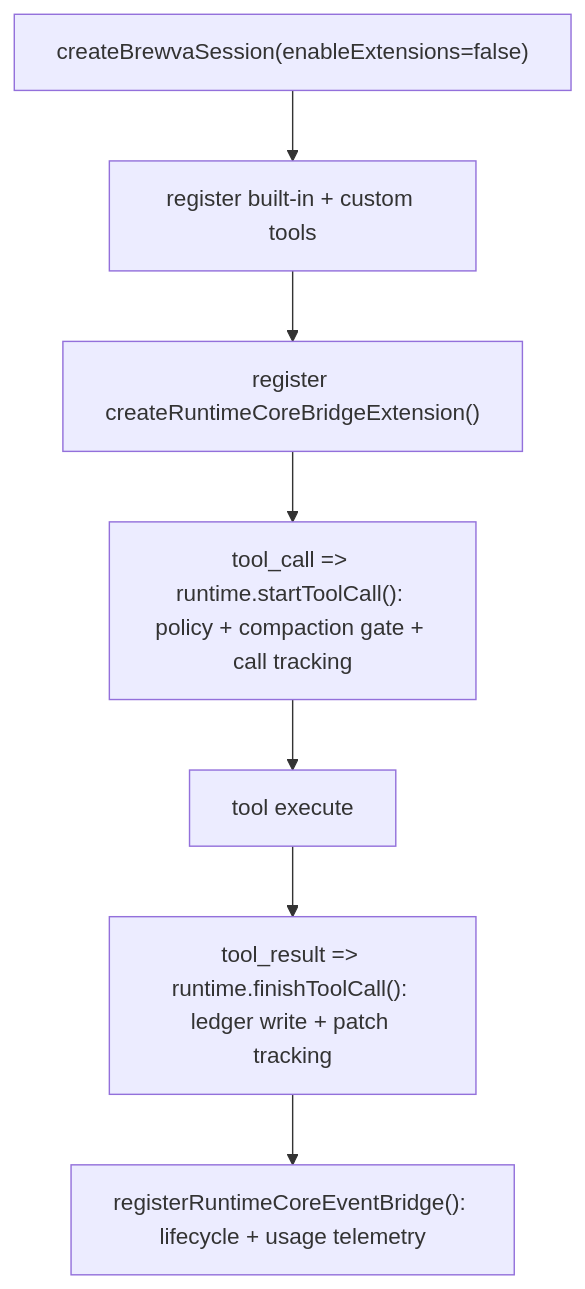
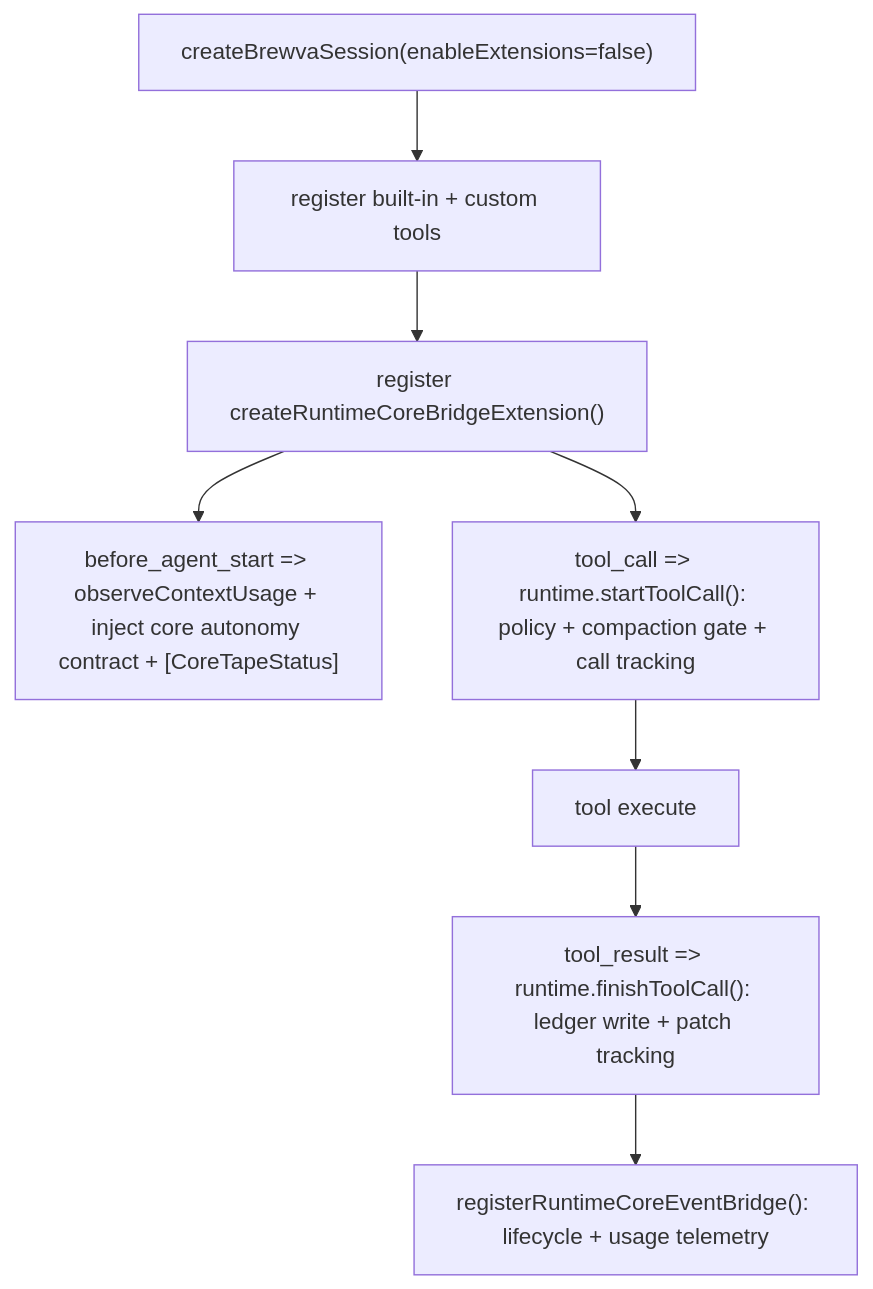
The second of 6 diagrams in docs/architecture/control-and-data-flow.md (arcthur/brewva), drawn with Mermaid before and after one commit. The commit also changed other lines of this file and 18 other files, not shown here.

````diff
--- a/docs/architecture/control-and-data-flow.md
+++ b/docs/architecture/control-and-data-flow.md
@@ -43,9 +43,10 @@
 ```mermaid
 flowchart TD
   A["createBrewvaSession(enableExtensions=false)"] --> B["register built-in + custom tools"]
   B --> C["register createRuntimeCoreBridgeExtension()"]
+  C --> C2["before_agent_start => observeContextUsage + inject core autonomy contract + [CoreTapeStatus]"]
   C --> D["tool_call => runtime.startToolCall(): policy + compaction gate + call tracking"]
   D --> E["tool execute"]
   E --> F["tool_result => runtime.finishToolCall(): ledger write + patch tracking"]
   F --> G["registerRuntimeCoreEventBridge(): lifecycle + usage telemetry"]
 ```
````
